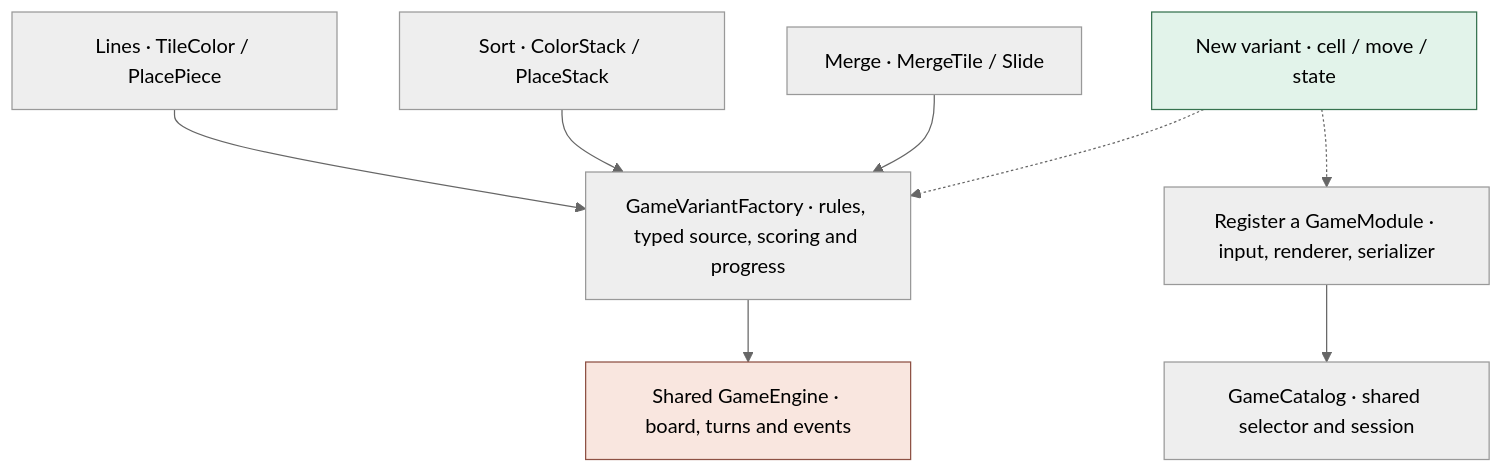
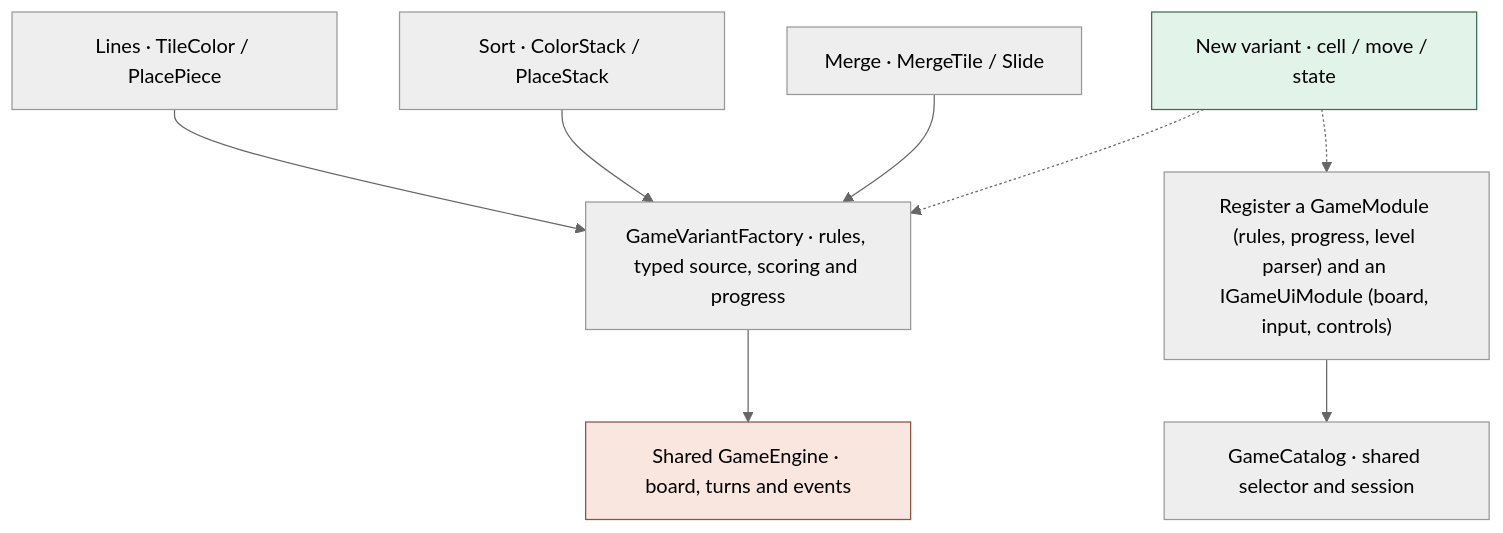
One commit to hexablock-g5-ucab/hexablock-app changed the diagram in docs/diagrams/extensibility.mmd. Above: the diagram before and after it, drawn with Mermaid (neutral theme). The commit also changed 23 other files, not shown here.

Commit message:
docs(docs): publish class model v6.3 and full readme diagram

```diff
--- a/docs/diagrams/extensibility.mmd
+++ b/docs/diagrams/extensibility.mmd
@@ -1,10 +1,10 @@
 flowchart TB
   L["Lines · TileColor / PlacePiece"] --> A
   S["Sort · ColorStack / PlaceStack"] --> A
   M["Merge · MergeTile / Slide"] --> A
   X["New variant · cell / move / state"] -.-> A
   A["GameVariantFactory · rules, typed source, scoring and progress"] --> E["Shared GameEngine · board, turns and events"]
-  X -.-> G["Register a GameModule · input, renderer, serializer"]
+  X -.-> G["Register a GameModule (rules, progress, level parser) and an IGameUiModule (board, input, controls)"]
   G --> C["GameCatalog · shared selector and session"]
   style E fill:#f9e6df,stroke:#8e5144
   style X fill:#e2f3ea,stroke:#36724f
```
